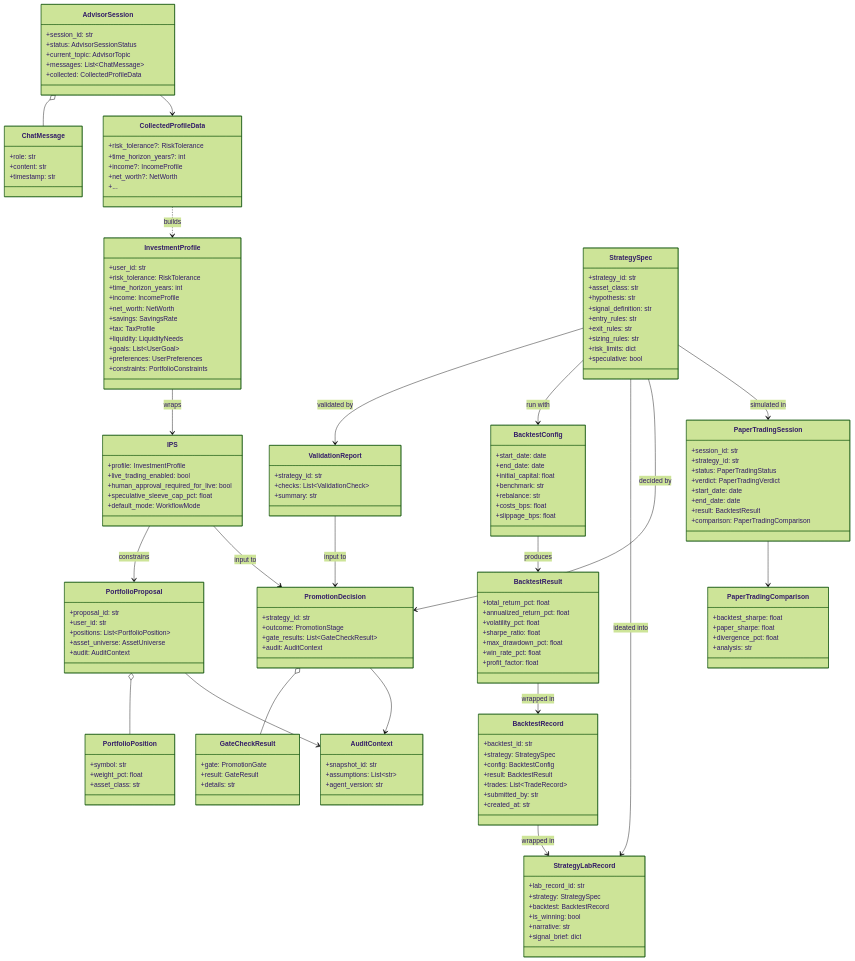
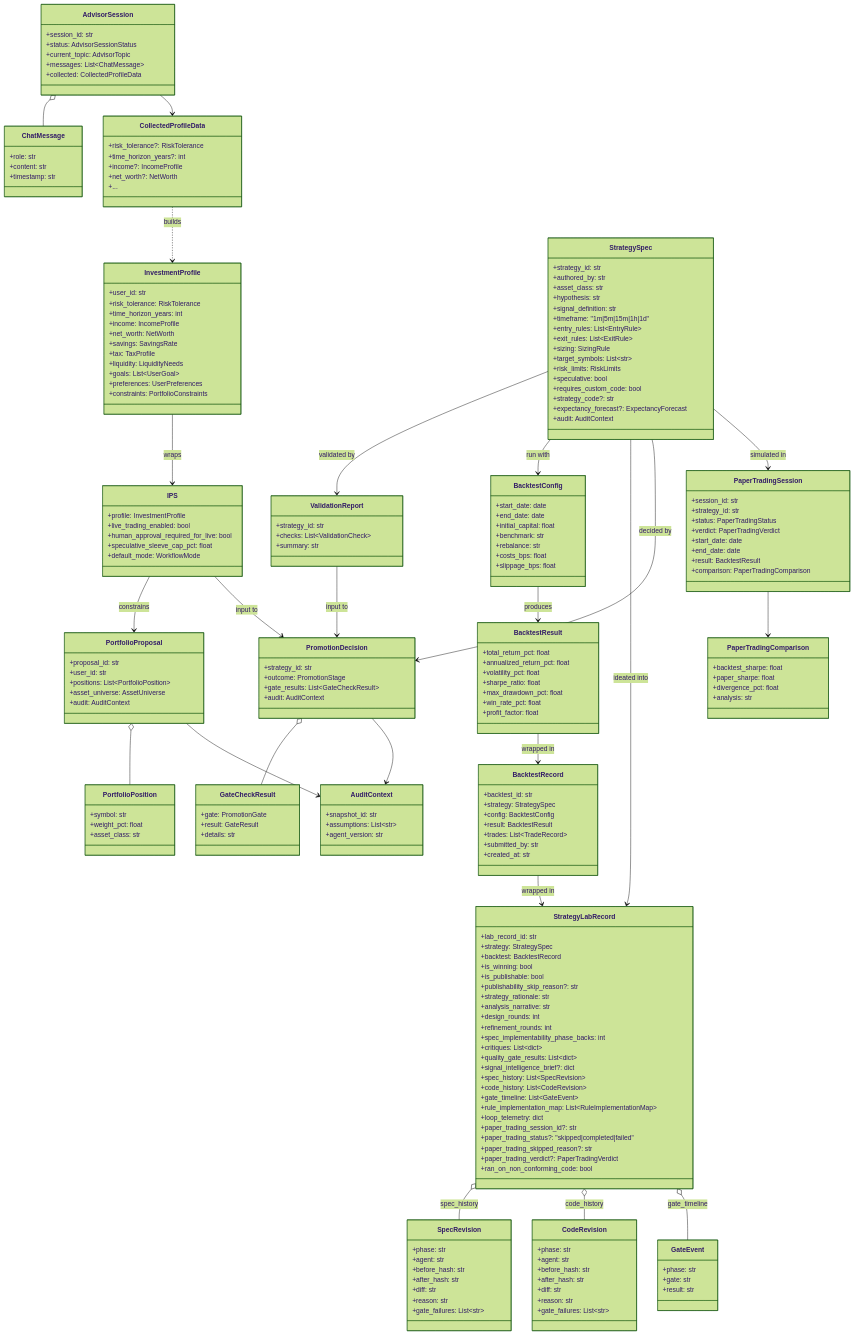
The second of 2 diagrams in backend/agents/investment_team/system_design/system_design.md (brandonkindred/Khala-Agentic-AI-Teams), drawn with Mermaid (forest theme) before and after one commit. The commit also changed other lines of this file and 8 other files, not shown here.

````diff
--- a/backend/agents/investment_team/system_design/system_design.md
+++ b/backend/agents/investment_team/system_design/system_design.md
@@ -202,14 +200,21 @@
     }
     class StrategySpec {
       +strategy_id: str
+      +authored_by: str
       +asset_class: str
       +hypothesis: str
       +signal_definition: str
-      +entry_rules: str
-      +exit_rules: str
-      +sizing_rules: str
-      +risk_limits: dict
+      +timeframe: "1m|5m|15m|1h|1d"
+      +entry_rules: List~EntryRule~
+      +exit_rules: List~ExitRule~
+      +sizing: SizingRule
+      +target_symbols: List~str~
+      +risk_limits: RiskLimits
       +speculative: bool
+      +requires_custom_code: bool
+      +strategy_code?: str
+      +expectancy_forecast?: ExpectancyForecast
+      +audit: AuditContext
     }
     class ValidationReport {
       +strategy_id: str
@@ -248,8 +253,49 @@
       +strategy: StrategySpec
       +backtest: BacktestRecord
       +is_winning: bool
-      +narrative: str
-      +signal_brief: dict
+      +is_publishable: bool
+      +publishability_skip_reason?: str
+      +strategy_rationale: str
+      +analysis_narrative: str
+      +design_rounds: int
+      +refinement_rounds: int
+      +spec_implementability_phase_backs: int
+      +critiques: List~dict~
+      +quality_gate_results: List~dict~
+      +signal_intelligence_brief?: dict
+      +spec_history: List~SpecRevision~
+      +code_history: List~CodeRevision~
+      +gate_timeline: List~GateEvent~
+      +rule_implementation_map: List~RuleImplementationMap~
+      +loop_telemetry: dict
+      +paper_trading_session_id?: str
+      +paper_trading_status?: "skipped|completed|failed"
+      +paper_trading_skipped_reason?: str
+      +paper_trading_verdict?: PaperTradingVerdict
+      +ran_on_non_conforming_code: bool
+    }
+    class SpecRevision {
+      +phase: str
+      +agent: str
+      +before_hash: str
+      +after_hash: str
+      +diff: str
+      +reason: str
+      +gate_failures: List~str~
+    }
+    class CodeRevision {
+      +phase: str
+      +agent: str
+      +before_hash: str
+      +after_hash: str
+      +diff: str
+      +reason: str
+      +gate_failures: List~str~
+    }
+    class GateEvent {
+      +phase: str
+      +gate: str
+      +result: str
     }
     class PromotionDecision {
       +strategy_id: str
@@ -323,4 +369,7 @@
     CollectedProfileData ..> InvestmentProfile : builds
     StrategySpec --> PaperTradingSession : simulated in
     PaperTradingSession --> PaperTradingComparison
+    StrategyLabRecord o-- SpecRevision : spec_history
+    StrategyLabRecord o-- CodeRevision : code_history
+    StrategyLabRecord o-- GateEvent : gate_timeline
 ```
````
